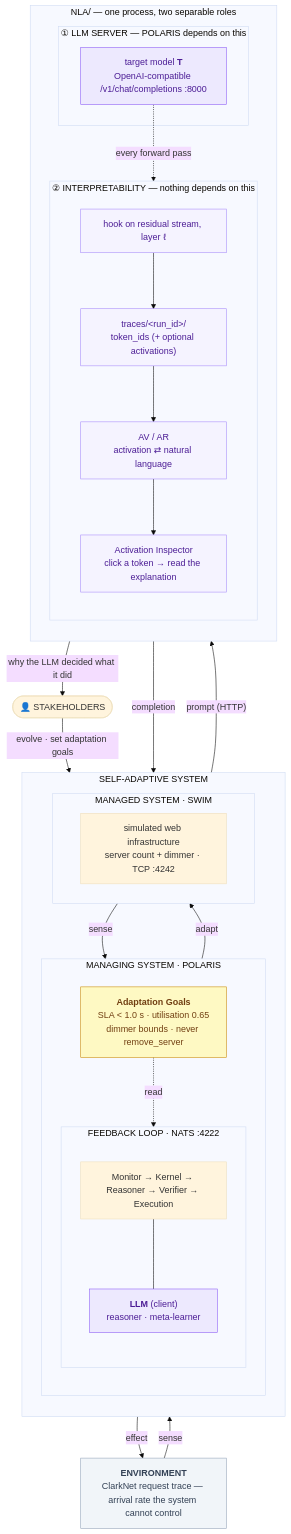
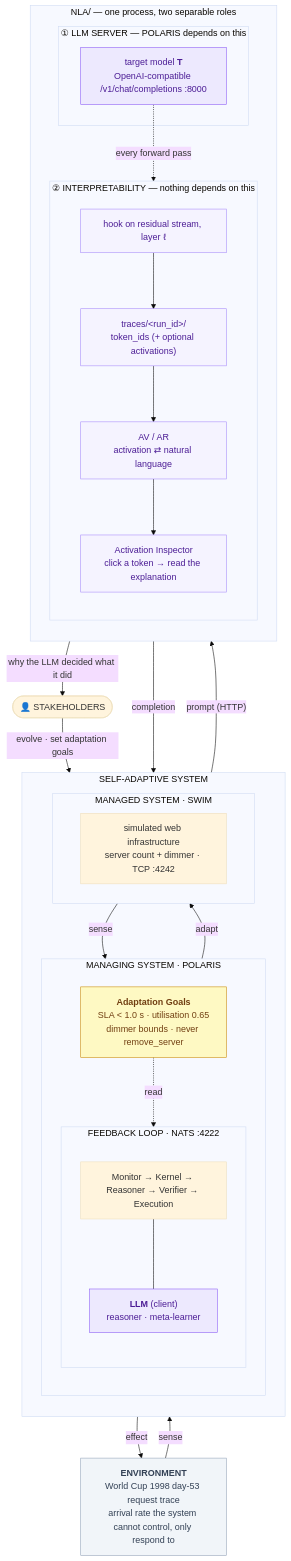
The diagram in README.md (Hha21/SELAS), drawn with Mermaid (base theme) before and after one commit. The commit also changed other lines of this file and 15 other files, not shown here.

````diff
--- a/README.md
+++ b/README.md
@@ -31,62 +31,62 @@
 ```mermaid
 flowchart TB
     SH(["👤 STAKEHOLDERS"])
 
     subgraph SAS["SELF-ADAPTIVE SYSTEM"]
         direction TB
 
         subgraph MGN["MANAGING SYSTEM · POLARIS"]
             direction TB
             AG["<b>Adaptation Goals</b><br/>SLA &lt; 1.0 s · utilisation 0.65<br/>dimmer bounds · never remove_server"]
             subgraph FL["FEEDBACK LOOP · NATS :4222"]
                 direction TB
                 MAPE["Monitor → Kernel → Reasoner → Verifier → Execution"]
                 LLM["<b>LLM</b> (client)<br/>reasoner · meta-learner"]
                 MAPE --- LLM
             end
             AG -. read .-> FL
         end
 
         subgraph MGD["MANAGED SYSTEM · SWIM"]
             SWIM["simulated web infrastructure<br/>server count + dimmer · TCP :4242"]
         end
     end
 
-    ENV["<b>ENVIRONMENT</b><br/>ClarkNet request trace — arrival rate the system cannot control"]
+    ENV["<b>ENVIRONMENT</b><br/>World Cup 1998 day-53 request trace<br/>arrival rate the system cannot control, only respond to"]
 
     subgraph NLA["NLA/ — one process, two separable roles"]
         direction TB
         subgraph SRV["① LLM SERVER — POLARIS depends on this"]
             T["target model <b>T</b><br/>OpenAI-compatible /v1/chat/completions :8000"]
         end
         subgraph INT["② INTERPRETABILITY — nothing depends on this"]
             direction TB
             HOOK["hook on residual stream, layer ℓ"]
             TRACES["traces/&lt;run_id&gt;/<br/>token_ids (+ optional activations)"]
             AVAR["AV / AR<br/>activation ⇄ natural language"]
             INSP["Activation Inspector<br/>click a token → read the explanation"]
             HOOK --> TRACES --> AVAR --> INSP
         end
         T -.->|"every forward pass"| HOOK
     end
 
     SH -->|"evolve · set adaptation goals"| MGN
     INSP -->|"why the LLM decided what it did"| SH
 
     MGD -->|sense| MGN
     MGN -->|adapt| MGD
     ENV -->|sense| MGD
     MGD -->|effect| ENV
 
     LLM -->|"prompt (HTTP)"| T
     T -->|completion| LLM
 
     classDef goal fill:#fef9c3,stroke:#ca8a04,color:#713f12
     classDef llm  fill:#ede9fe,stroke:#8b5cf6,color:#4c1d95
     classDef interp fill:#f5f3ff,stroke:#a78bfa,color:#4c1d95
     classDef env  fill:#f1f5f9,stroke:#94a3b8,color:#334155
     class AG goal
     class LLM,T llm
     class HOOK,TRACES,AVAR,INSP interp
     class ENV env
 ```
````
